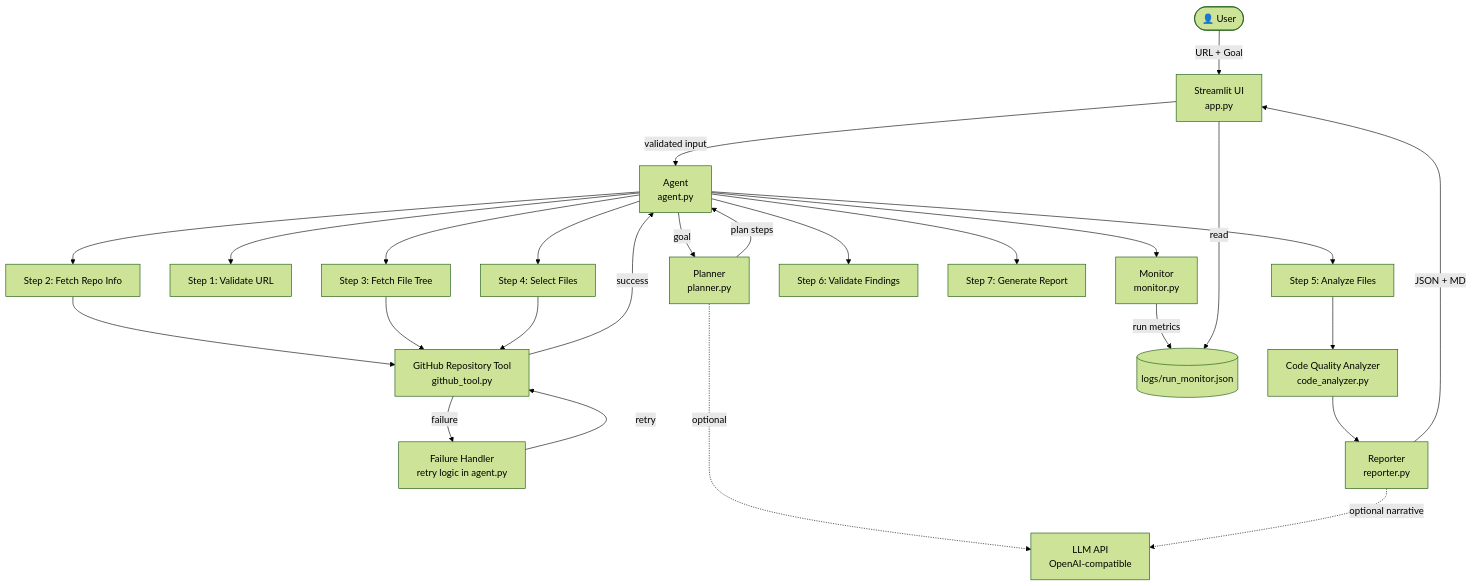
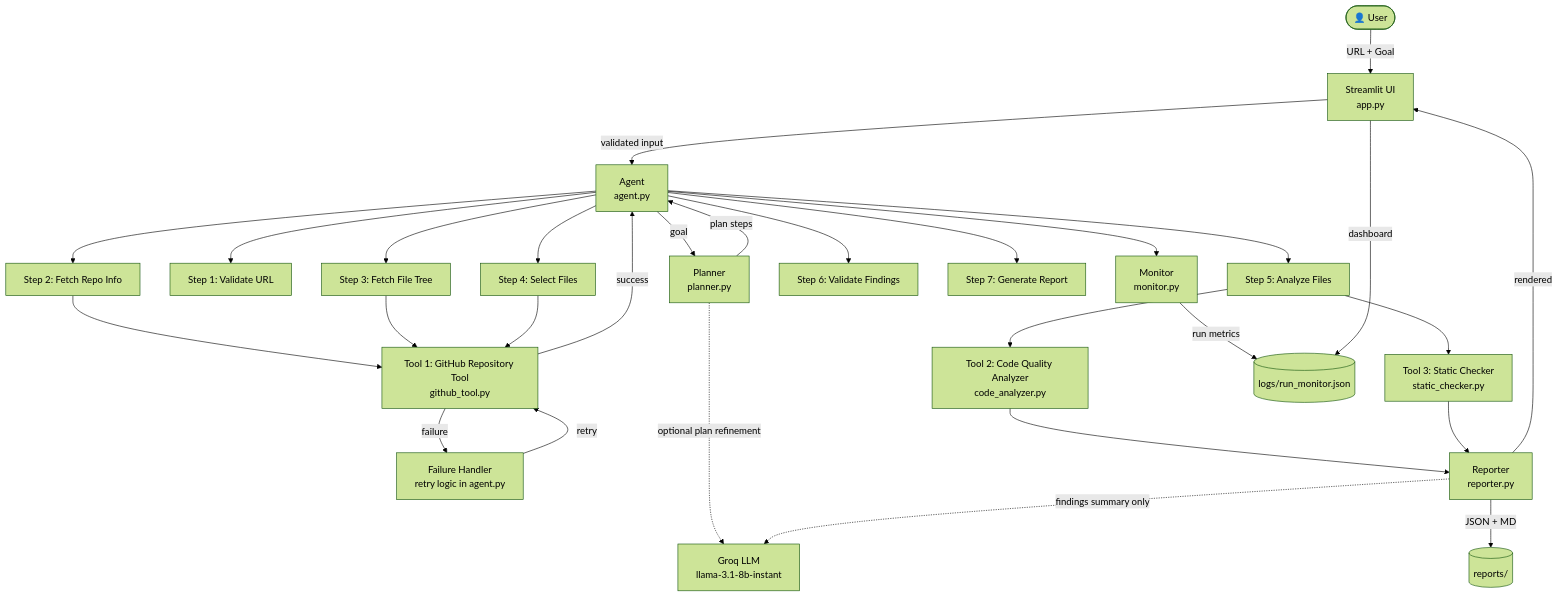
Before and after one commit to roylaxmikanta/agentic-code-review-agent: the diagram in docs/architecture.md, drawn with Mermaid (forest theme). The commit also changed other lines of this file and 7 other files, not shown here.

````diff
--- a/docs/architecture.md
+++ b/docs/architecture.md
@@ -5,35 +9,37 @@
 ```mermaid
 flowchart TD
     User([👤 User]) -->|URL + Goal| UI[Streamlit UI\napp.py]
     UI -->|validated input| Agent[Agent\nagent.py]
     Agent -->|goal| Planner[Planner\nplanner.py]
+    Planner -.->|optional plan refinement| LLM[Groq LLM\nllama-3.1-8b-instant]
     Planner -->|plan steps| Agent
 
     Agent --> Step1[Step 1: Validate URL]
     Agent --> Step2[Step 2: Fetch Repo Info]
     Agent --> Step3[Step 3: Fetch File Tree]
     Agent --> Step4[Step 4: Select Files]
     Agent --> Step5[Step 5: Analyze Files]
     Agent --> Step6[Step 6: Validate Findings]
     Agent --> Step7[Step 7: Generate Report]
 
-    Step2 --> GHT[GitHub Repository Tool\ngithub_tool.py]
-    Step3 --> GHT
-    Step4 --> GHT
-    Step5 --> CA[Code Quality Analyzer\ncode_analyzer.py]
+    Step2 --> T1[Tool 1: GitHub Repository Tool\ngithub_tool.py]
+    Step3 --> T1
+    Step4 --> T1
+    Step5 --> T2[Tool 2: Code Quality Analyzer\ncode_analyzer.py]
+    Step5 --> T3[Tool 3: Static Checker\nstatic_checker.py]
 
-    GHT -->|success| Agent
-    GHT -->|failure| FH[Failure Handler\nretry logic in agent.py]
-    FH -->|retry| GHT
+    T1 -->|success| Agent
+    T1 -->|failure| FH[Failure Handler\nretry logic in agent.py]
+    FH -->|retry| T1
 
-    CA --> Reporter[Reporter\nreporter.py]
-    Reporter -->|JSON + MD| UI
+    T2 --> Reporter[Reporter\nreporter.py]
+    T3 --> Reporter
+    Reporter -->|JSON + MD| ReportsDir[(reports/)]
+    Reporter -->|rendered| UI
 
     Agent --> Monitor[Monitor\nmonitor.py]
     Monitor -->|run metrics| LogFile[(logs/run_monitor.json)]
+    UI -->|dashboard| LogFile
 
-    UI -->|read| LogFile
-
-    Planner -.->|optional| LLM[LLM API\nOpenAI-compatible]
-    Reporter -.->|optional narrative| LLM
+    Reporter -.->|findings summary only| LLM
 ```
````
